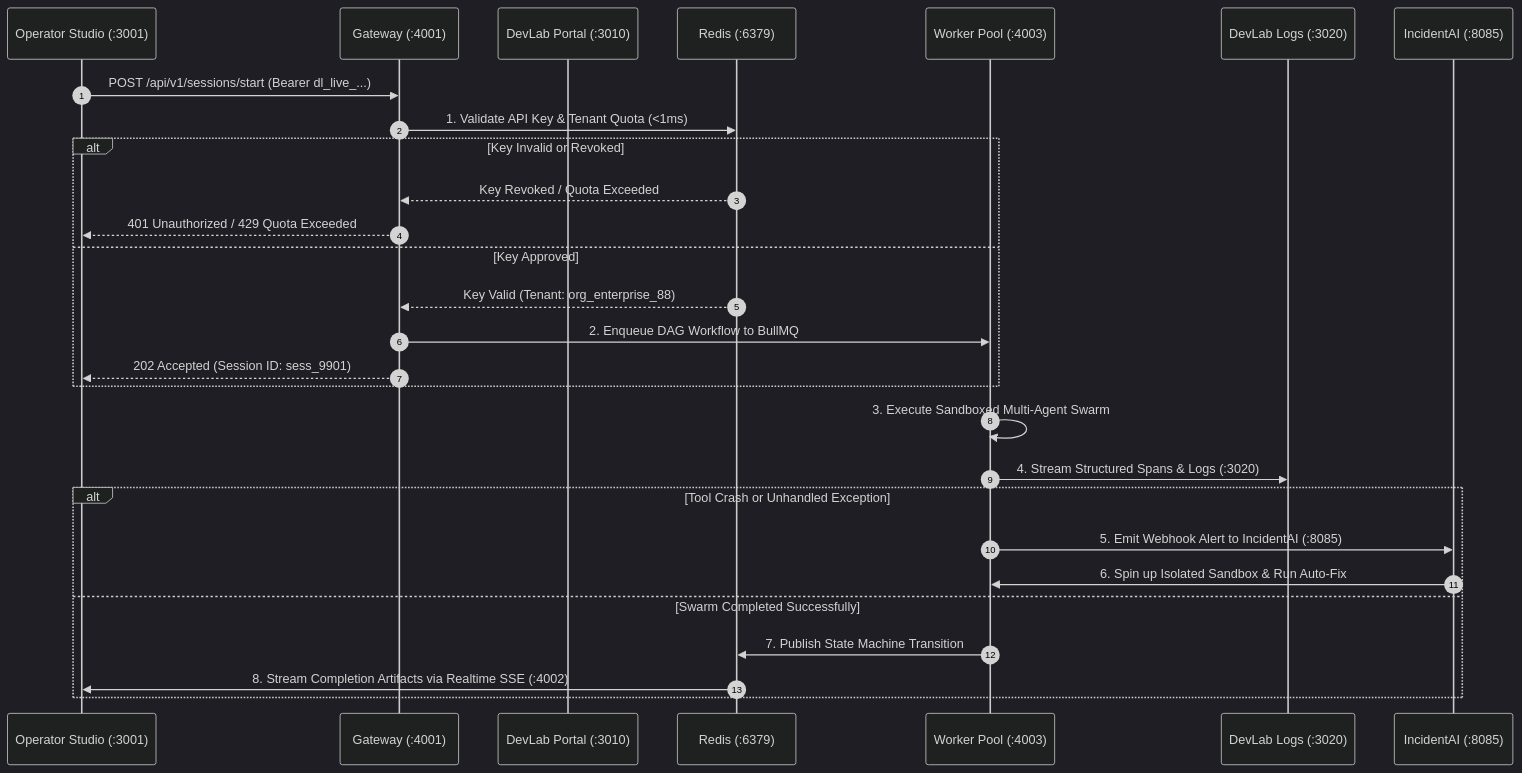
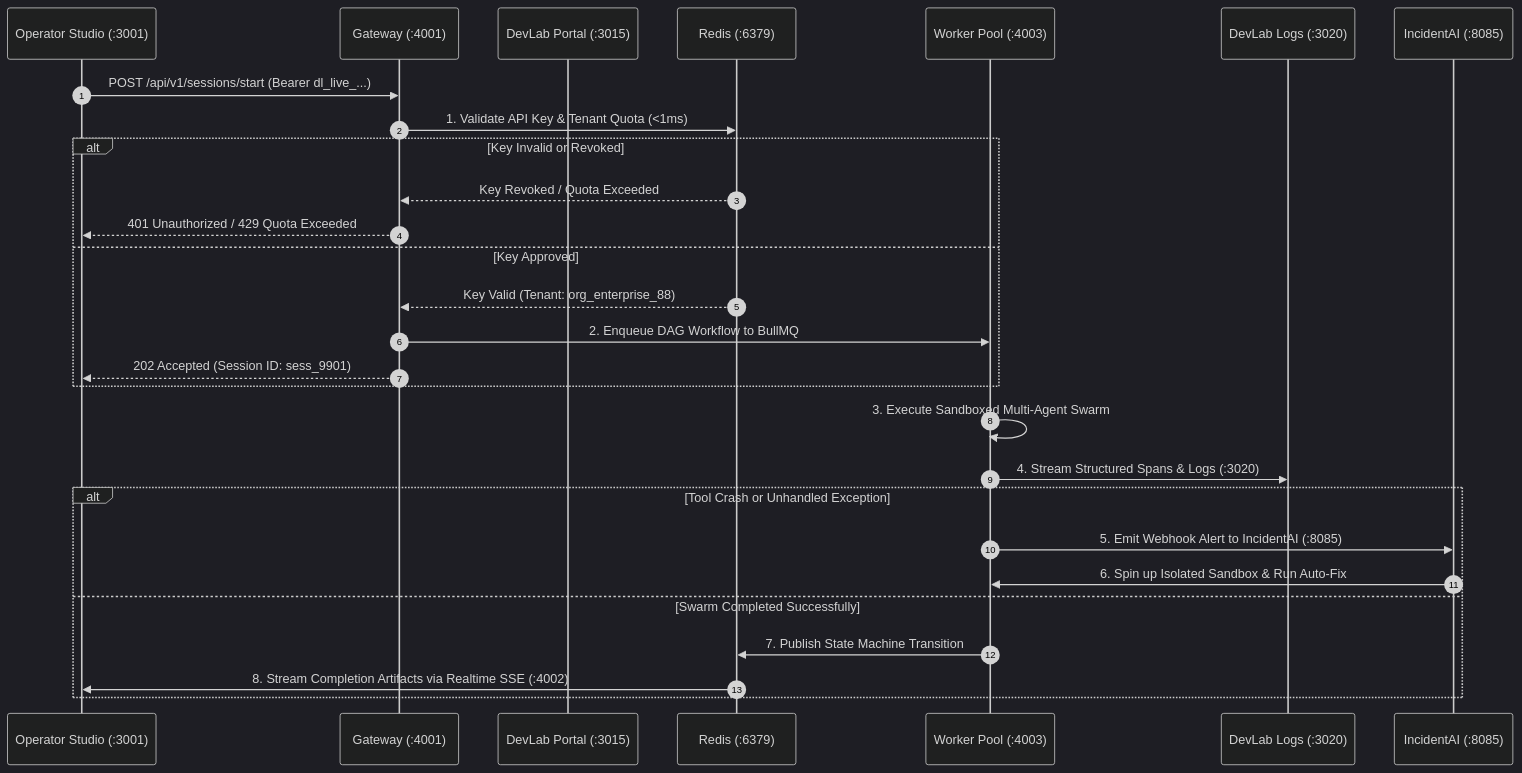
The diagram in PROJECT_INFO.md (yuvadevlab/orchestrai), drawn with Mermaid (dark theme) before and after one commit. The commit also changed other lines of this file, not shown here.

Commit message:
docs(docs): update portal endpoint port to 3015 in documentation

````diff
--- a/PROJECT_INFO.md
+++ b/PROJECT_INFO.md
@@ -175,33 +175,33 @@
 ```mermaid
 sequenceDiagram
     autonumber
     participant Op as Operator Studio (:3001)
     participant GW as Gateway (:4001)
-    participant DP as DevLab Portal (:3010)
+    participant DP as DevLab Portal (:3015)
     participant Redis as Redis (:6379)
     participant Worker as Worker Pool (:4003)
     participant DL as DevLab Logs (:3020)
     participant IA as IncidentAI (:8085)
 
     Op->>GW: POST /api/v1/sessions/start (Bearer dl_live_...)
     GW->>Redis: 1. Validate API Key & Tenant Quota (<1ms)
     alt Key Invalid or Revoked
         Redis-->>GW: Key Revoked / Quota Exceeded
         GW-->>Op: 401 Unauthorized / 429 Quota Exceeded
     else Key Approved
         Redis-->>GW: Key Valid (Tenant: org_enterprise_88)
         GW->>Worker: 2. Enqueue DAG Workflow to BullMQ
         GW-->>Op: 202 Accepted (Session ID: sess_9901)
     end
 
     Worker->>Worker: 3. Execute Sandboxed Multi-Agent Swarm
     Worker->>DL: 4. Stream Structured Spans & Logs (:3020)
 
     alt Tool Crash or Unhandled Exception
         Worker->>IA: 5. Emit Webhook Alert to IncidentAI (:8085)
         IA->>Worker: 6. Spin up Isolated Sandbox & Run Auto-Fix
     else Swarm Completed Successfully
         Worker->>Redis: 7. Publish State Machine Transition
         Redis->>Op: 8. Stream Completion Artifacts via Realtime SSE (:4002)
     end
 ```
````
